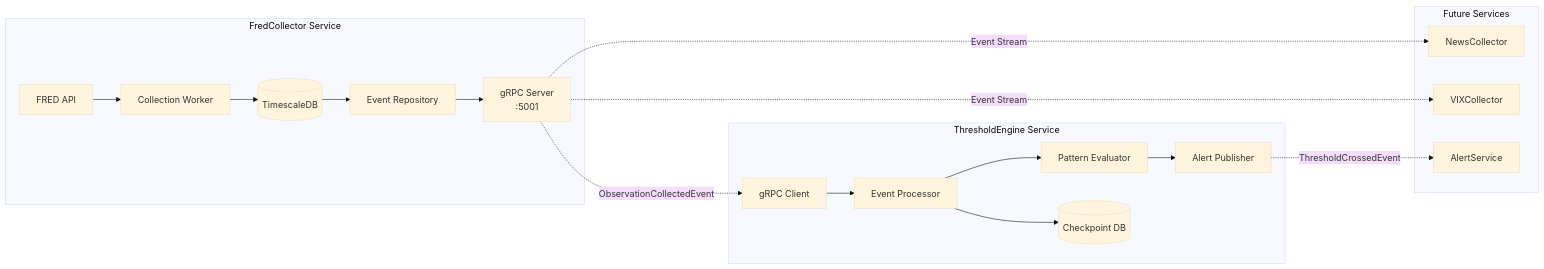
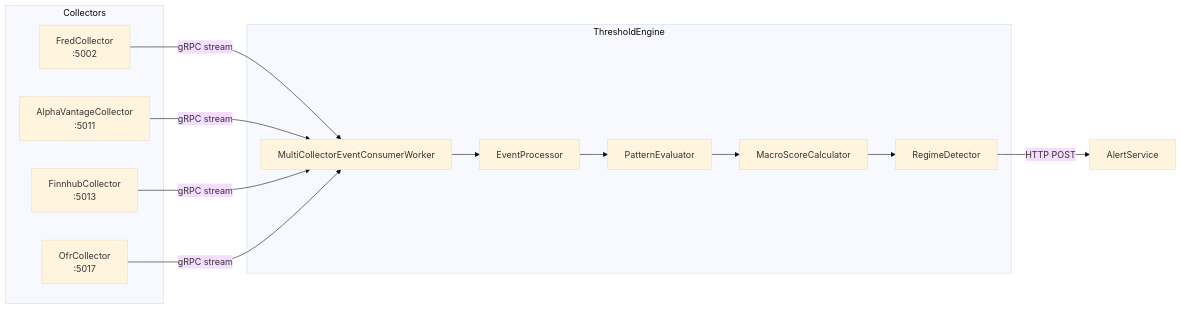
Before and after one commit to jpansarasa/ATLAS-Docs: the diagram in docs/GRPC-ARCHITECTURE.md, drawn with Mermaid (base theme). The commit also changed other lines of this file and 4 other files, not shown here.

````diff
--- a/docs/GRPC-ARCHITECTURE.md
+++ b/docs/GRPC-ARCHITECTURE.md
@@ -9,27 +7,24 @@
 ```mermaid
 graph LR
-    subgraph FredCollector["FredCollector Service"]
-        FRED[FRED API] --> Collector[Collection Worker]
-        Collector --> DB[(TimescaleDB)]
-        DB --> EventRepo[Event Repository]
-        EventRepo --> GrpcServer[gRPC Server<br/>:5001]
+    subgraph Collectors
+        FC[FredCollector<br/>:5002]
+        AV[AlphaVantageCollector<br/>:5011]
+        FH[FinnhubCollector<br/>:5013]
+        OFR[OfrCollector<br/>:5017]
     end
-    
-    subgraph ThresholdEngine["ThresholdEngine Service"]
-        GrpcClient[gRPC Client] --> EventProcessor[Event Processor]
-        EventProcessor --> PatternEval[Pattern Evaluator]
-        PatternEval --> Alerts[Alert Publisher]
-        EventProcessor --> Checkpoint[(Checkpoint DB)]
+
+    subgraph ThresholdEngine
+        MW[MultiCollectorEventConsumerWorker]
+        MW --> EP[EventProcessor]
+        EP --> PE[PatternEvaluator]
+        PE --> MS[MacroScoreCalculator]
+        MS --> RD[RegimeDetector]
     end
-    
-    subgraph Future["Future Services"]
-        NewsCollector[NewsCollector]
-        VIXCollector[VIXCollector]
-        AlertService[AlertService]
-    end
-    
-    GrpcServer -.->|ObservationCollectedEvent| GrpcClient
-    GrpcServer -.->|Event Stream| NewsCollector
-    GrpcServer -.->|Event Stream| VIXCollector
-    Alerts -.->|ThresholdCrossedEvent| AlertService
+
+    FC -->|gRPC stream| MW
+    AV -->|gRPC stream| MW
+    FH -->|gRPC stream| MW
+    OFR -->|gRPC stream| MW
+
+    RD -->|HTTP POST| AS[AlertService]
 ```
````
